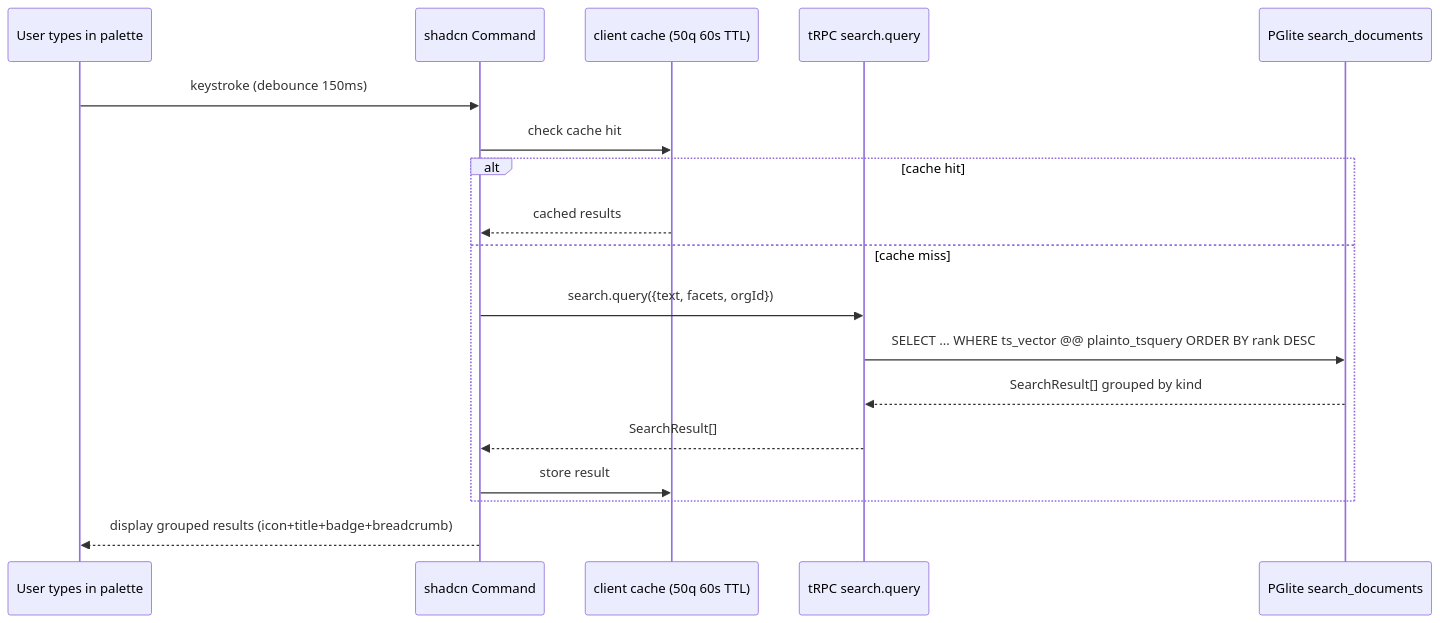
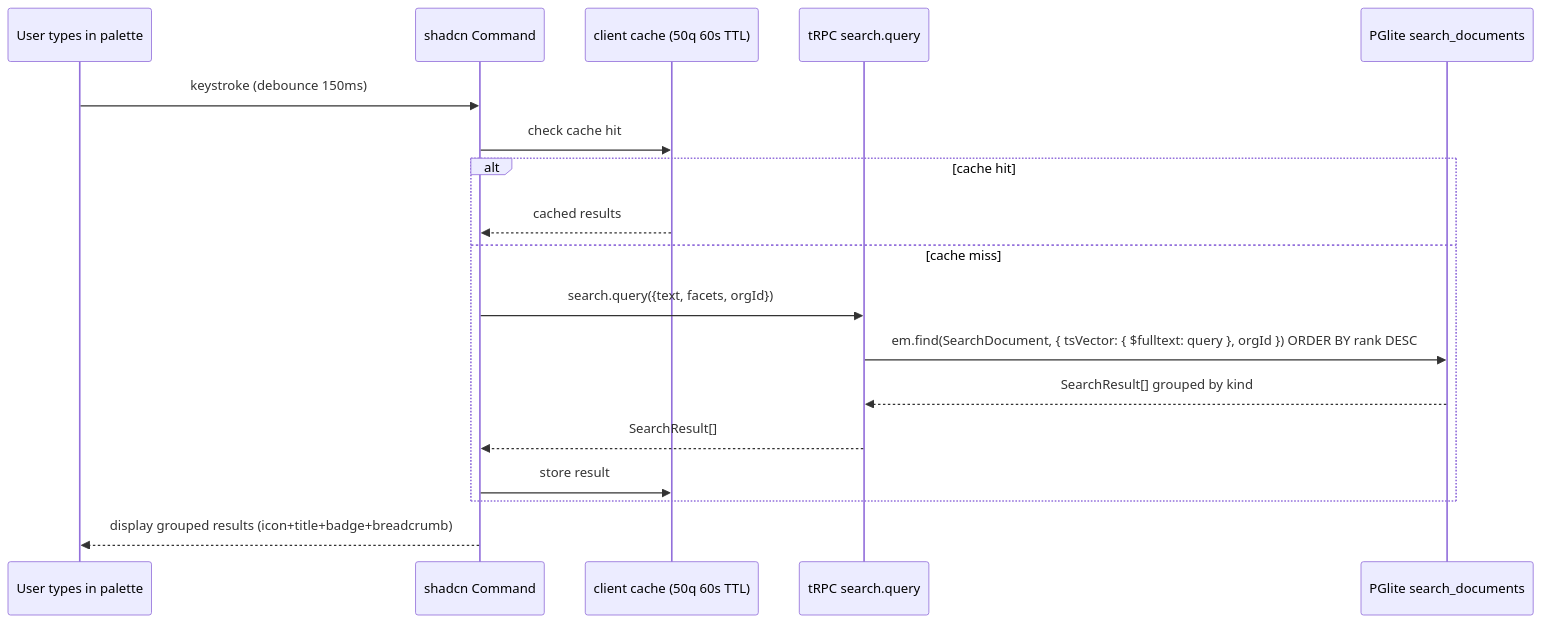
Before and after one commit to moabualruz/fulcrum: the second of 2 diagrams in .scratch/agent-os-vision/prds/11-search-and-discovery.md, drawn with Mermaid. The commit also changed other lines of this file and 9 other files, not shown here.

````diff
--- a/.scratch/agent-os-vision/prds/11-search-and-discovery.md
+++ b/.scratch/agent-os-vision/prds/11-search-and-discovery.md
@@ -267,21 +323,21 @@
 ```mermaid
 sequenceDiagram
     participant USR as User types in palette
     participant CMK as shadcn Command
     participant CACHE as client cache (50q 60s TTL)
     participant TR as tRPC search.query
     participant DB as PGlite search_documents
 
     USR->>CMK: keystroke (debounce 150ms)
     CMK->>CACHE: check cache hit
     alt cache hit
         CACHE-->>CMK: cached results
     else cache miss
         CMK->>TR: search.query({text, facets, orgId})
-        TR->>DB: SELECT ... WHERE ts_vector @@ plainto_tsquery ORDER BY rank DESC
+        TR->>DB: em.find(SearchDocument, { tsVector: { $fulltext: query }, orgId }) ORDER BY rank DESC
         DB-->>TR: SearchResult[] grouped by kind
         TR-->>CMK: SearchResult[]
         CMK->>CACHE: store result
     end
     CMK-->>USR: display grouped results (icon+title+badge+breadcrumb)
 ```
````
